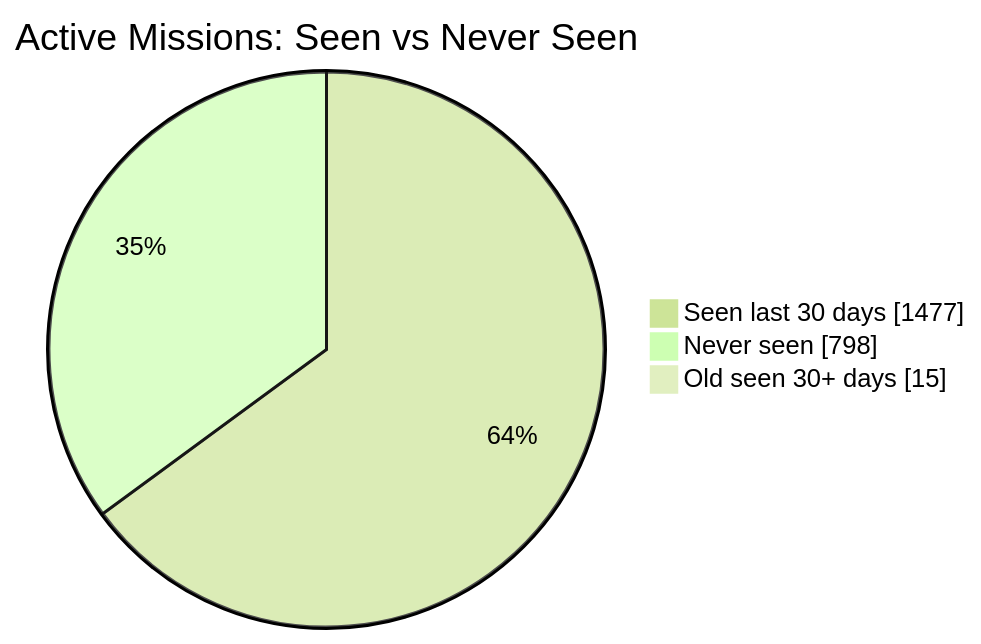
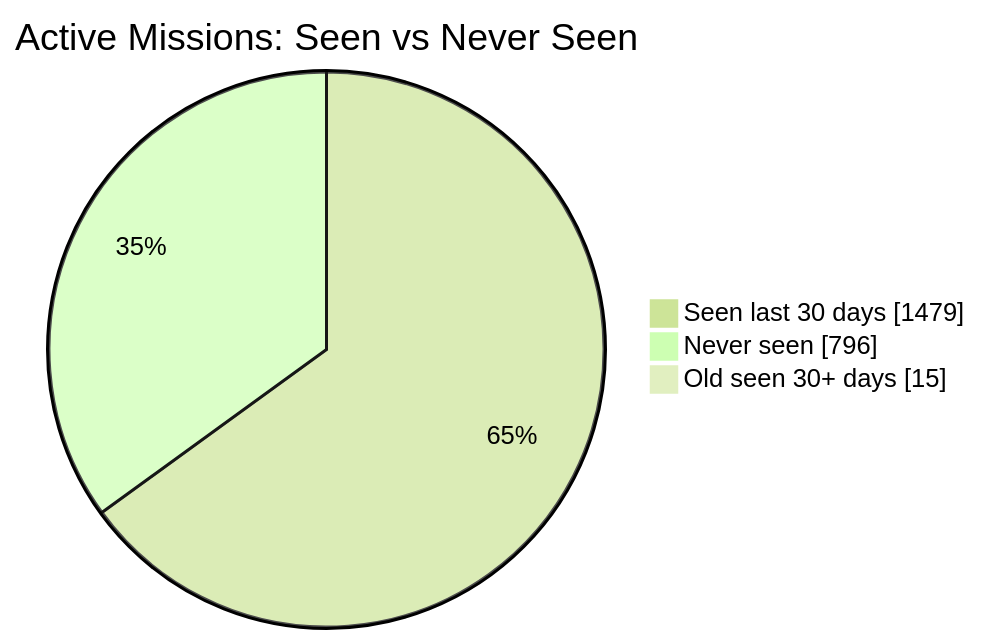
Before and after one commit to MeldkamerspelGameTeam/active-missions: the first of 2 diagrams in README.md, drawn with Mermaid (forest theme). The commit also changed other lines of this file and 2 other files, not shown here.

````diff
--- a/README.md
+++ b/README.md
@@ -34,7 +34,7 @@
 ```mermaid
 pie showData
     title Active Missions: Seen vs Never Seen
-    "Seen last 30 days" : 1477
-    "Never seen" : 798
+    "Seen last 30 days" : 1479
+    "Never seen" : 796
     "Old seen 30+ days" : 15
 ```
````
